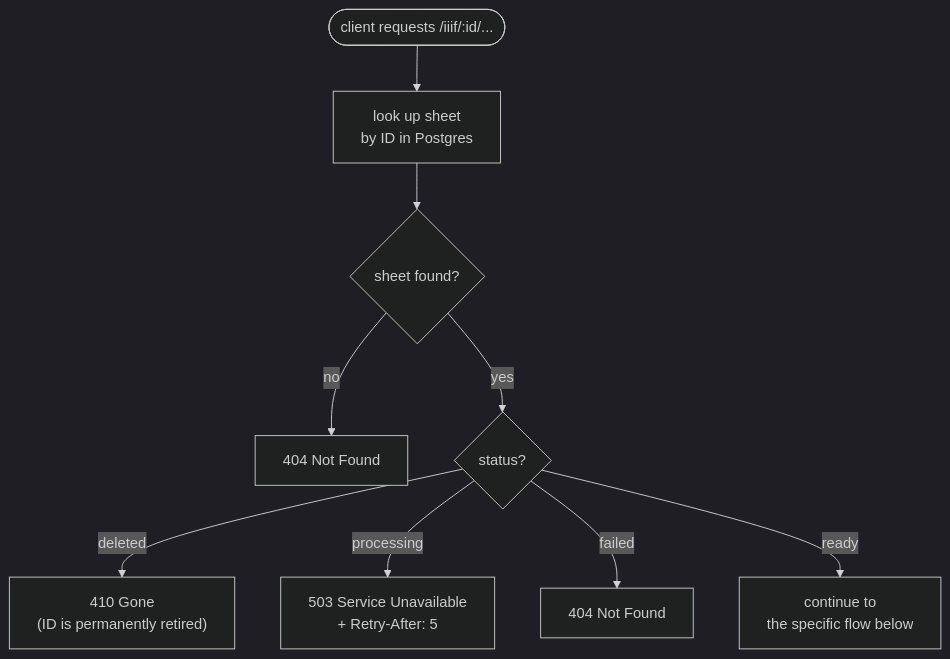
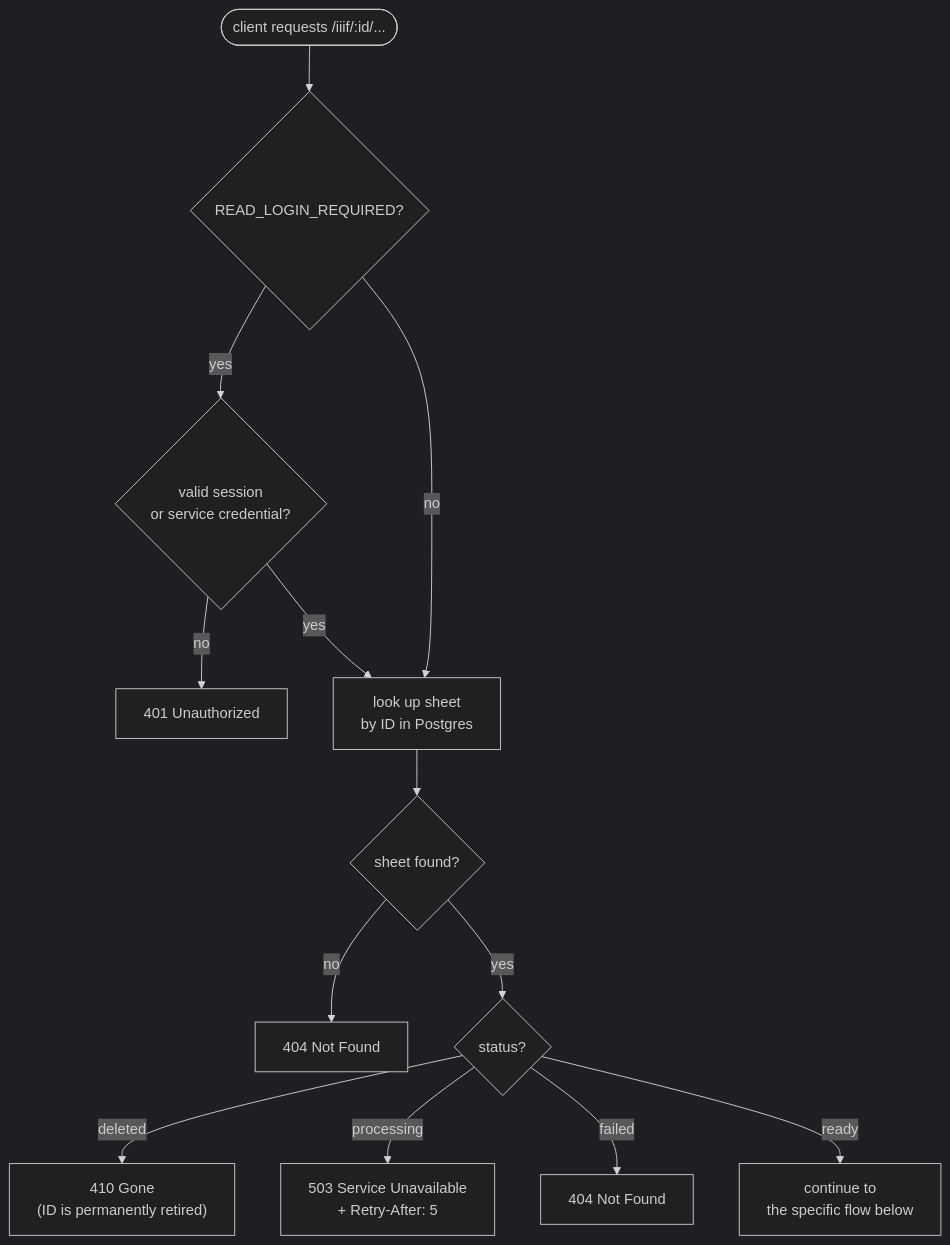
Before and after one commit to line-age/georef: the first of 3 diagrams in docs/iiif-serving.md, drawn with Mermaid (dark theme). The commit also changed other lines of this file and 21 other files, not shown here.

````diff
--- a/docs/iiif-serving.md
+++ b/docs/iiif-serving.md
@@ -16,11 +16,15 @@
 ```mermaid
 flowchart TD
-    A(["client requests /iiif/:id/..."]) --> B["look up sheet\nby ID in Postgres"]
+    A(["client requests /iiif/:id/..."]) --> AA{READ_LOGIN_REQUIRED?}
+    AA -->|yes| AB{valid session\nor service credential?}
+    AB -->|no| AC[401 Unauthorized]
+    AB -->|yes| B
+    AA -->|no| B["look up sheet\nby ID in Postgres"]
     B --> C{sheet found?}
     C -->|no| D[404 Not Found]
     C -->|yes| E{status?}
     E -->|deleted| F["410 Gone\n(ID is permanently retired)"]
     E -->|processing| G["503 Service Unavailable\n+ Retry-After: 5"]
     E -->|failed| H[404 Not Found]
     E -->|ready| I["continue to\nthe specific flow below"]
 ```
````
